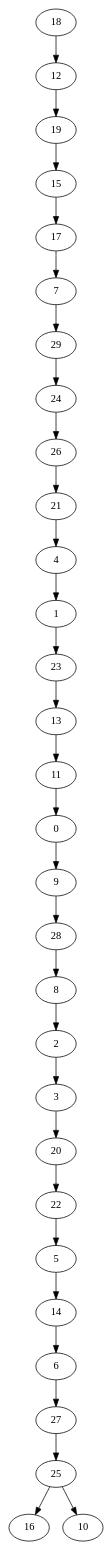
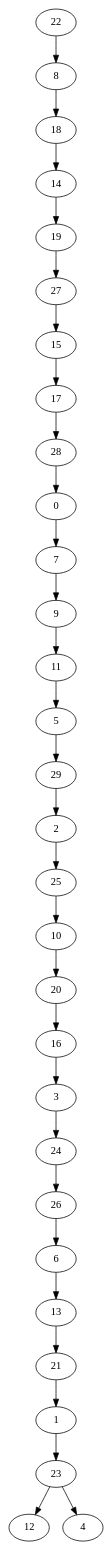
The diagram in files gv/DFS_I30ErdosReynigraph.gv (MiguelGarridoCastaneda/proyecto-parte2), drawn with Graphviz before and after one commit. The commit also changed 158 other files, not shown here.

```diff
--- a/files gv/DFS_I30ErdosReynigraph.gv
+++ b/files gv/DFS_I30ErdosReynigraph.gv
@@ -1,61 +1,61 @@
 digraph my_graph {
+22 [label=22]
+8 [label=8]
 18 [label=18]
-12 [label=12]
+14 [label=14]
 19 [label=19]
+27 [label=27]
 15 [label=15]
 17 [label=17]
+28 [label=28]
+0 [label=0]
 7 [label=7]
+9 [label=9]
+11 [label=11]
+5 [label=5]
 29 [label=29]
+2 [label=2]
+25 [label=25]
+10 [label=10]
+20 [label=20]
+16 [label=16]
+3 [label=3]
 24 [label=24]
 26 [label=26]
+6 [label=6]
+13 [label=13]
 21 [label=21]
-4 [label=4]
 1 [label=1]
 23 [label=23]
-13 [label=13]
-11 [label=11]
-0 [label=0]
-9 [label=9]
-28 [label=28]
-8 [label=8]
-2 [label=2]
-3 [label=3]
-20 [label=20]
-22 [label=22]
-5 [label=5]
-14 [label=14]
-6 [label=6]
-27 [label=27]
-25 [label=25]
-16 [label=16]
-10 [label=10]
-18->12
-12->19
-19->15
+12 [label=12]
+4 [label=4]
+22->8
+8->18
+18->14
+14->19
+19->27
+27->15
 15->17
-17->7
-7->29
-29->24
+17->28
+28->0
+0->7
+7->9
+9->11
+11->5
+5->29
+29->2
+2->25
+25->10
+10->20
+20->16
+16->3
+3->24
 24->26
-26->21
-21->4
-4->1
+26->6
+6->13
+13->21
+21->1
 1->23
-23->13
-13->11
-11->0
-0->9
-9->28
-28->8
-8->2
-2->3
-3->20
-20->22
-22->5
-5->14
-14->6
-6->27
-27->25
-25->16
-25->10
+23->12
+23->4
 }
```
